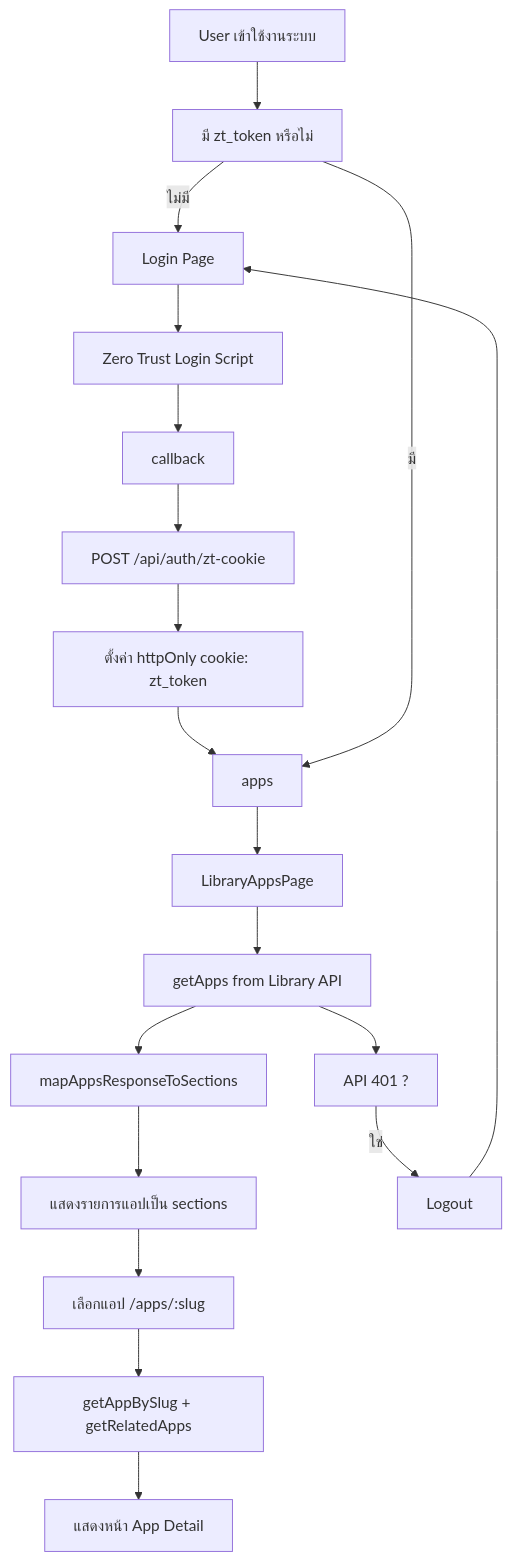
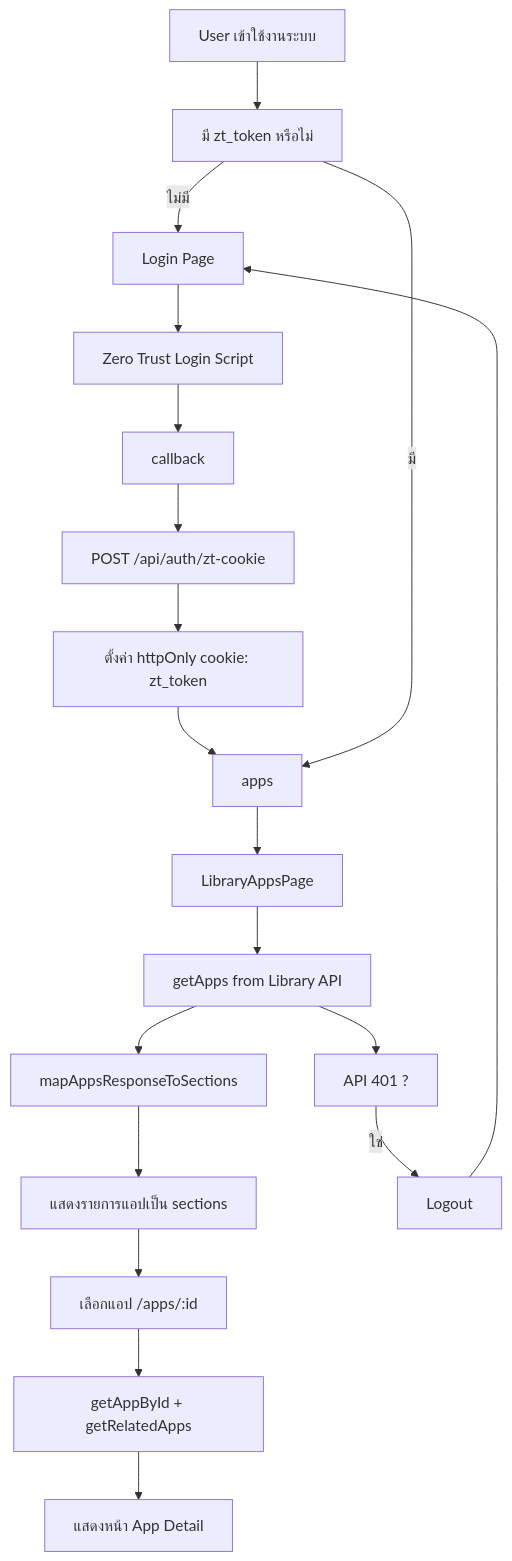
Before and after one commit to jetsadaadapter/loop-studio: the diagram in README.md, drawn with Mermaid. The commit also changed other lines of this file and 23 other files, not shown here.

````diff
--- a/README.md
+++ b/README.md
@@ -117,24 +117,24 @@
 ```mermaid
 graph TD
   A[User เข้าใช้งานระบบ] --> B[มี zt_token หรือไม่]
   B -- ไม่มี --> C[Login Page]
   C --> D[Zero Trust Login Script]
   D --> E[callback]
   E --> F[POST /api/auth/zt-cookie]
   F --> G[ตั้งค่า httpOnly cookie: zt_token]
   G --> H[apps]
 
   B -- มี --> H[apps]
 
   H --> I[LibraryAppsPage]
   I --> J[getApps from Library API]
   J --> K[mapAppsResponseToSections]
   K --> L[แสดงรายการแอปเป็น sections]
-  L --> M[เลือกแอป /apps/:slug]
-  M --> N[getAppBySlug + getRelatedApps]
+  L --> M[เลือกแอป /apps/:id]
+  M --> N[getAppById + getRelatedApps]
   N --> O[แสดงหน้า App Detail]
 
   J --> P[API 401 ?]
   P -- ใช่ --> Q[Logout]
   Q --> C
 ```
````
